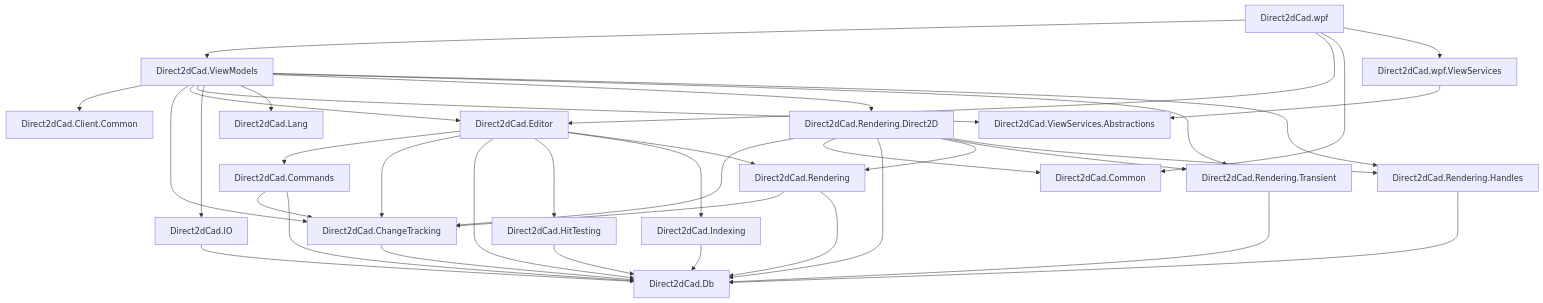
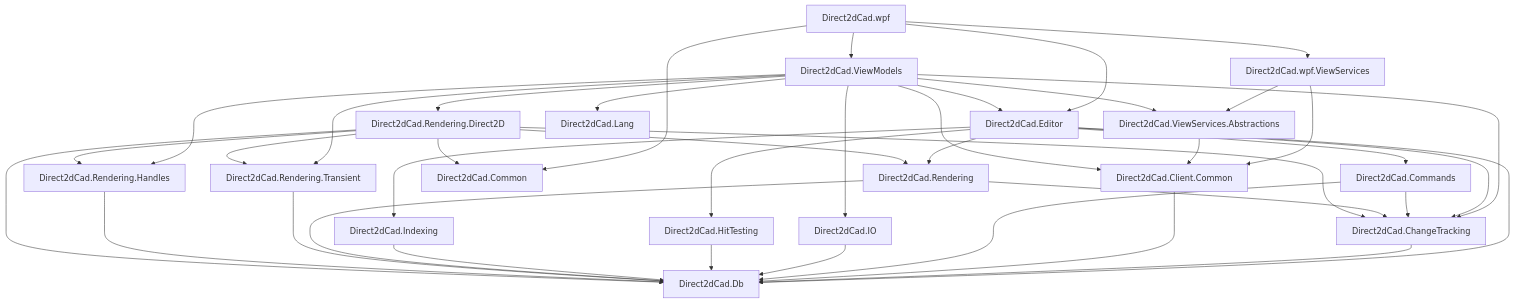
The second of 2 diagrams in README.md (yoi102/Direct2dCad), drawn with Mermaid before and after one commit. The commit also changed other lines of this file and 15 other files, not shown here.

````diff
--- a/README.md
+++ b/README.md
@@ -56,65 +57,68 @@
 ```mermaid
 flowchart TD
     WPF["Direct2dCad.wpf"]
     VM["Direct2dCad.ViewModels"]
     WpfViewServices["Direct2dCad.wpf.ViewServices"]
     ViewServices["Direct2dCad.ViewServices.Abstractions"]
     Editor["Direct2dCad.Editor"]
     Commands["Direct2dCad.Commands"]
     ChangeTracking["Direct2dCad.ChangeTracking"]
     Db["Direct2dCad.Db"]
     IO["Direct2dCad.IO"]
     Rendering["Direct2dCad.Rendering"]
     Transient["Direct2dCad.Rendering.Transient"]
     Handles["Direct2dCad.Rendering.Handles"]
     Direct2D["Direct2dCad.Rendering.Direct2D"]
     HitTesting["Direct2dCad.HitTesting"]
     Indexing["Direct2dCad.Indexing"]
     Common["Direct2dCad.Common"]
     ClientCommon["Direct2dCad.Client.Common"]
     Lang["Direct2dCad.Lang"]
 
     WPF --> VM
     WPF --> Editor
     WPF --> Common
     WPF --> WpfViewServices
 
     WpfViewServices --> ViewServices
+    WpfViewServices --> ClientCommon
+    ViewServices --> ClientCommon
 
     VM --> ClientCommon
     VM --> ChangeTracking
     VM --> Editor
     VM --> ViewServices
     VM --> IO
     VM --> Lang
     VM --> Direct2D
     VM --> Transient
     VM --> Handles
 
     Editor --> Commands
     Editor --> ChangeTracking
     Editor --> Db
     Editor --> HitTesting
     Editor --> Indexing
     Editor --> Rendering
 
     ChangeTracking --> Db
+    ClientCommon --> Db
 
     Commands --> ChangeTracking
     Commands --> Db
     IO --> Db
     HitTesting --> Db
     Indexing --> Db
 
     Rendering --> ChangeTracking
     Rendering --> Db
     Transient --> Db
     Handles --> Db
 
     Direct2D --> ChangeTracking
     Direct2D --> Common
     Direct2D --> Db
     Direct2D --> Rendering
     Direct2D --> Transient
     Direct2D --> Handles
 ```
````
